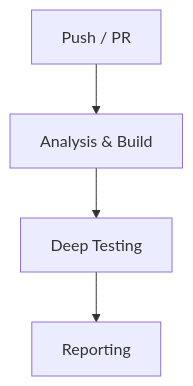
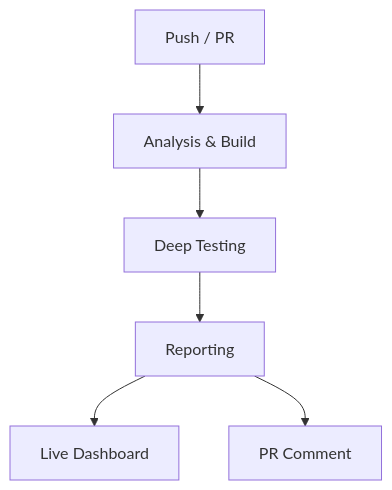
One commit to jmrplens/jmrp.io changed the first of 3 diagrams in README.md. Above: the diagram before and after it, drawn with Mermaid. The commit also changed other lines of this file and 161 other files, not shown here.

````diff
--- a/README.md
+++ b/README.md
@@ -136,6 +184,8 @@
 ```mermaid
 graph TD
     Trigger[Push / PR] --> Phase1[Analysis & Build]
     Phase1 --> Phase2[Deep Testing]
     Phase2 --> Phase3[Reporting]
+    Phase3 --> Dashboard[Live Dashboard]
+    Phase3 --> Comment[PR Comment]
 ```
````
